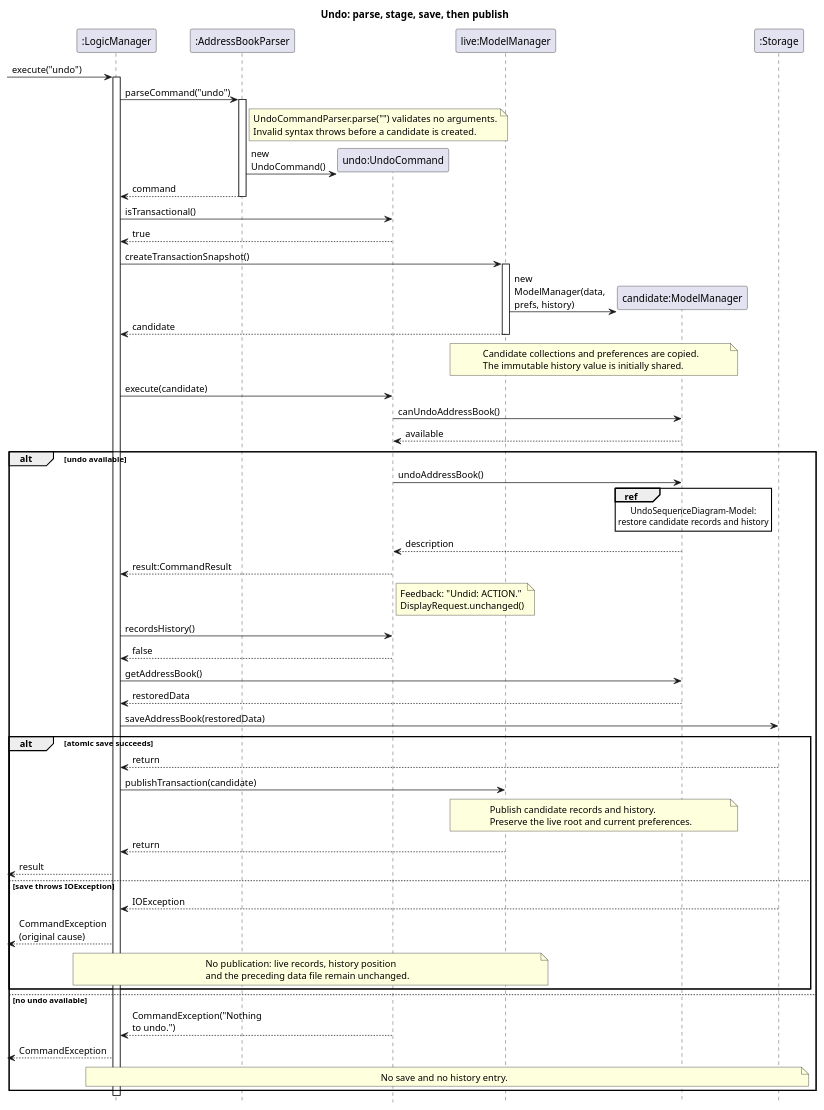
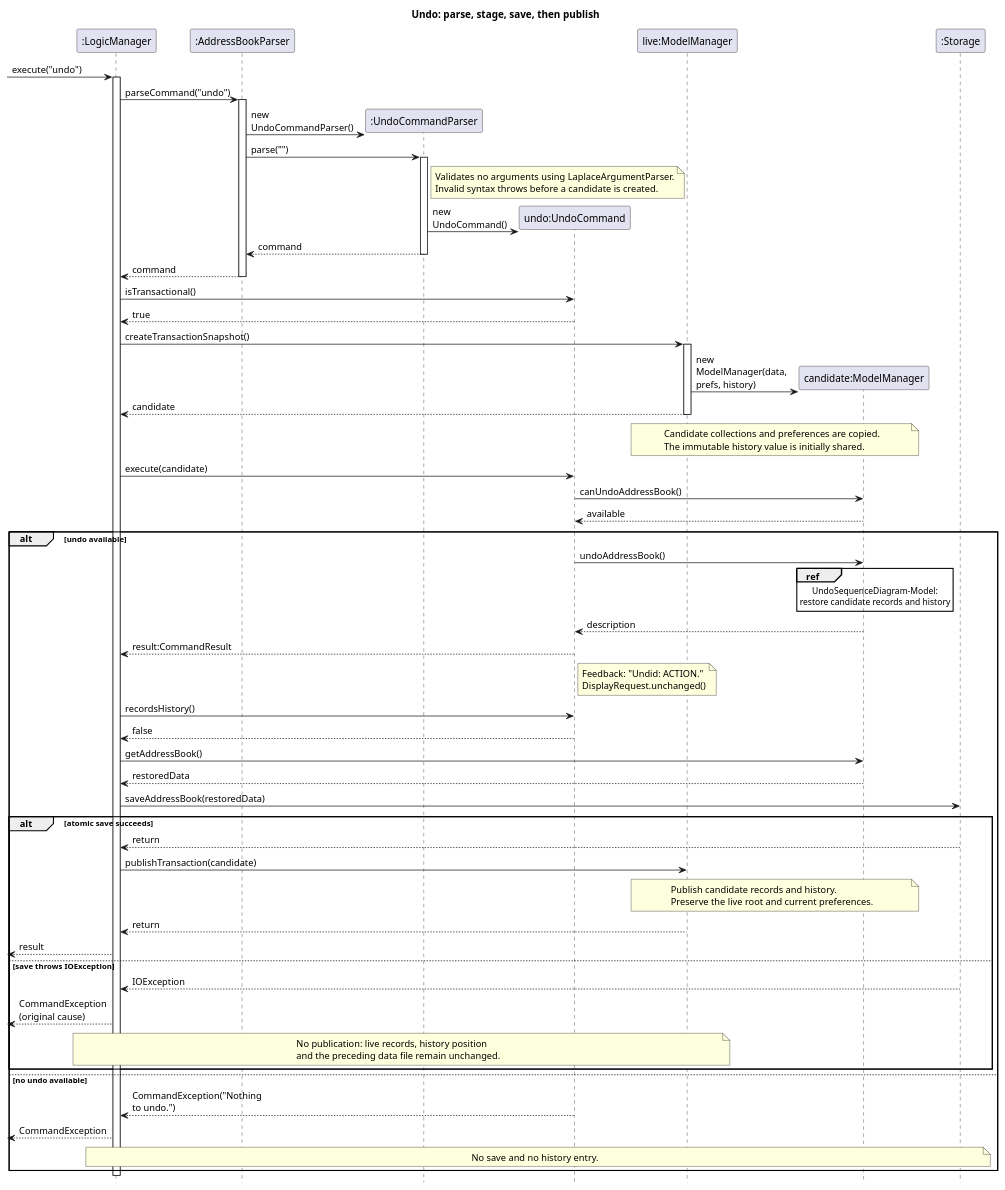
The diagram in docs/diagrams/UndoSequenceDiagram-Logic.puml (AY2627S1-CS2103T-F15-2/tp), drawn with PlantUML before and after one commit. The commit also changed 5 other files, not shown here.

```diff
--- a/docs/diagrams/UndoSequenceDiagram-Logic.puml
+++ b/docs/diagrams/UndoSequenceDiagram-Logic.puml
@@ -1,89 +1,96 @@
 @startuml
 skinparam shadowing false
 skinparam defaultFontName Arial
 skinparam maxMessageSize 110
 <style>
 participant {
   padding 10
 }
 </style>
 hide footbox
 
 title Undo: parse, stage, save, then publish
 participant ":LogicManager" as logic
 participant ":AddressBookParser" as parser
+participant ":UndoCommandParser" as undoParser
 participant "undo:UndoCommand" as command
 participant "live:ModelManager" as live
 participant "candidate:ModelManager" as candidate
 participant ":Storage" as storage
 
 [-> logic : execute("undo")
 activate logic
 logic -> parser : parseCommand("undo")
 activate parser
-note right of parser
-  UndoCommandParser.parse("") validates no arguments.
+create undoParser
+parser -> undoParser : new UndoCommandParser()
+parser -> undoParser : parse("")
+activate undoParser
+note right of undoParser
+  Validates no arguments using LaplaceArgumentParser.
   Invalid syntax throws before a candidate is created.
 end note
 create command
-parser -> command : new UndoCommand()
+undoParser -> command : new UndoCommand()
+undoParser --> parser : command
+deactivate undoParser
 parser --> logic : command
 deactivate parser
 logic -> command : isTransactional()
 command --> logic : true
 logic -> live : createTransactionSnapshot()
 activate live
 create candidate
 live -> candidate : new ModelManager(data, prefs, history)
 live --> logic : candidate
 deactivate live
 note over live, candidate
   Candidate collections and preferences are copied.
   The immutable history value is initially shared.
 end note
 logic -> command : execute(candidate)
 command -> candidate : canUndoAddressBook()
 candidate --> command : available
 alt undo available
   command -> candidate : undoAddressBook()
   ref over candidate
     UndoSequenceDiagram-Model:
     restore candidate records and history
   end ref
   candidate --> command : description
   command --> logic : result:CommandResult
   note right of command
     Feedback: "Undid: ACTION."
     DisplayRequest.unchanged()
   end note
   logic -> command : recordsHistory()
   command --> logic : false
   logic -> candidate : getAddressBook()
   candidate --> logic : restoredData
   logic -> storage : saveAddressBook(restoredData)
   alt atomic save succeeds
     storage --> logic : return
     logic -> live : publishTransaction(candidate)
     note over live, candidate
       Publish candidate records and history.
       Preserve the live root and current preferences.
     end note
     live --> logic : return
     [<-- logic : result
   else save throws IOException
     storage --> logic : IOException
     [<-- logic : CommandException (original cause)
     note over logic, live
       No publication: live records, history position
       and the preceding data file remain unchanged.
     end note
   end
 else no undo available
   command --> logic : CommandException("Nothing to undo.")
   [<-- logic : CommandException
   note over logic, storage
     No save and no history entry.
   end note
 end
 deactivate logic
 @enduml
```
